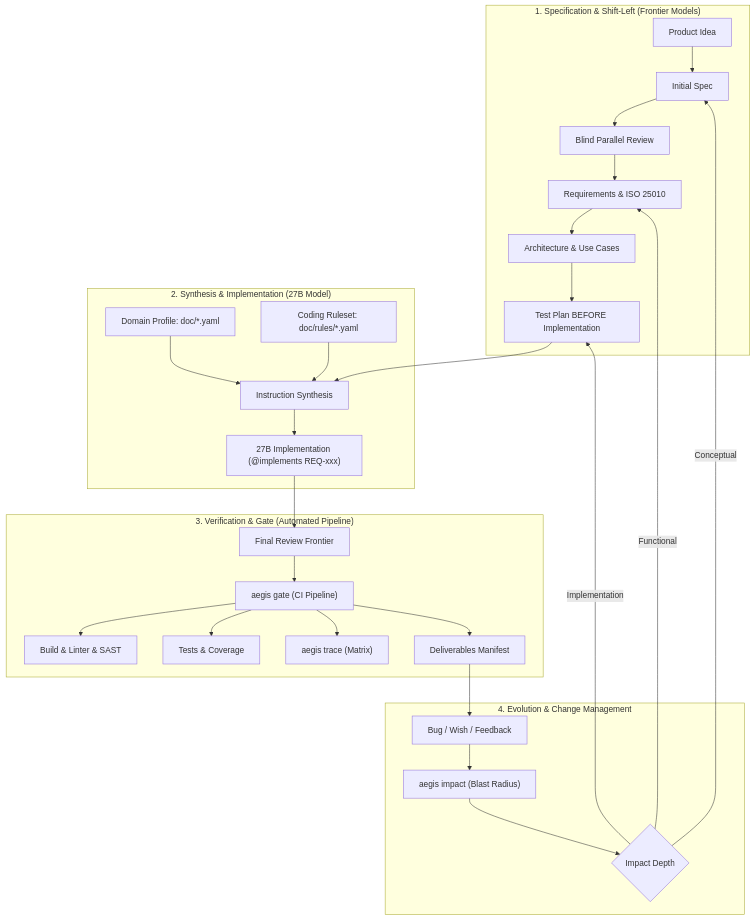
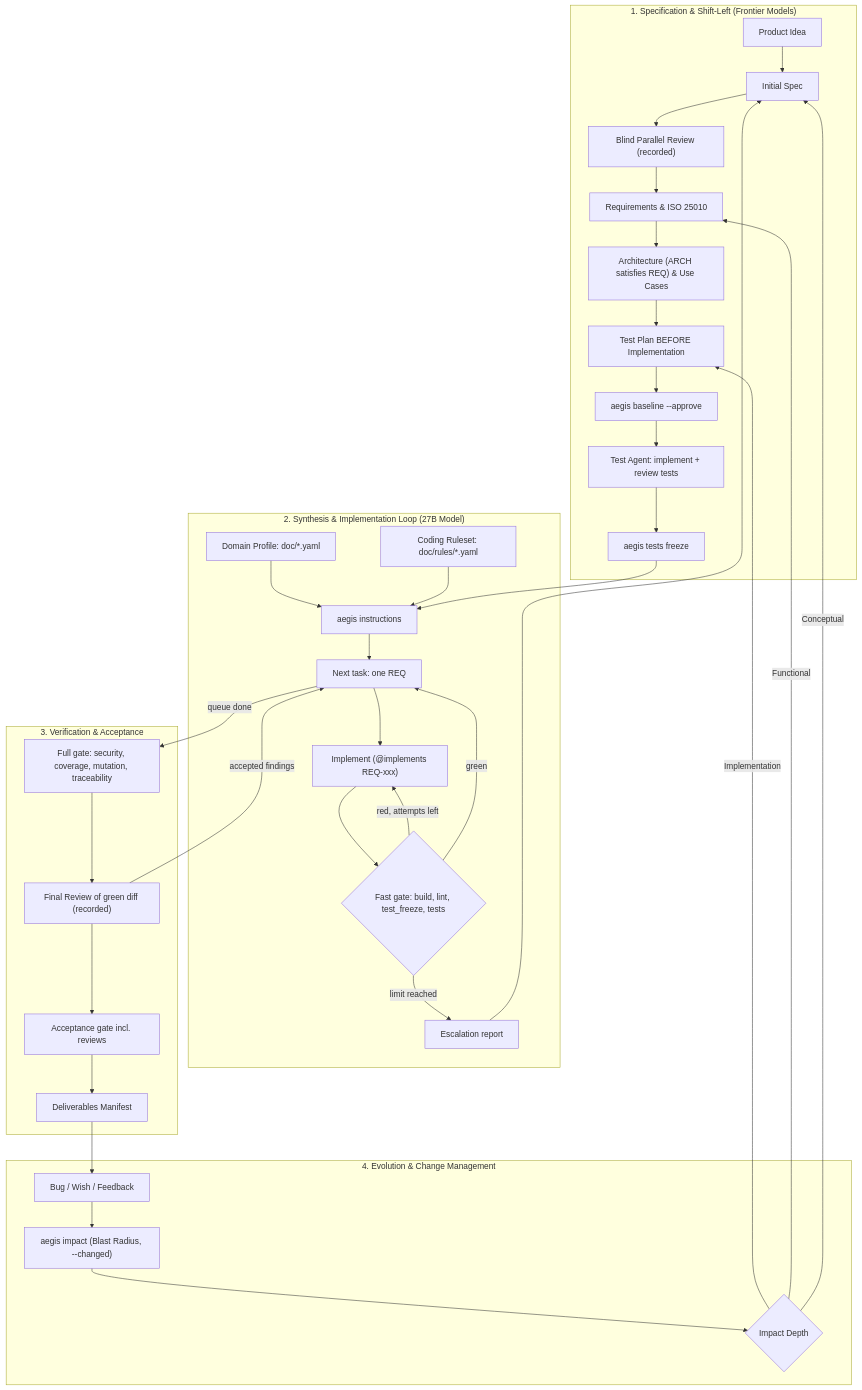
One commit to schwitters/aegis changed the diagram in README.md. Above: the diagram before and after it, drawn with Mermaid. The commit also changed other lines of this file and 29 other files, not shown here.

````diff
--- a/README.md
+++ b/README.md
@@ -31,36 +32,44 @@
 ```mermaid
 flowchart TD
     subgraph P1 ["1. Specification & Shift-Left (Frontier Models)"]
         Idea["Product Idea"] --> Spec["Initial Spec"]
-        Spec --> Rev1["Blind Parallel Review"]
+        Spec --> Rev1["Blind Parallel Review (recorded)"]
         Rev1 --> Req["Requirements & ISO 25010"]
-        Req --> Arch["Architecture & Use Cases"]
+        Req --> Arch["Architecture (ARCH satisfies REQ) & Use Cases"]
         Arch --> TP["Test Plan BEFORE Implementation"]
+        TP --> Base["aegis baseline --approve"]
+        Base --> TI["Test Agent: implement + review tests"]
+        TI --> Freeze["aegis tests freeze"]
     end
 
-    subgraph P2 ["2. Synthesis & Implementation (27B Model)"]
-        Prof["Domain Profile: doc/*.yaml"] --> Comp["Instruction Synthesis"]
+    subgraph P2 ["2. Synthesis & Implementation Loop (27B Model)"]
+        Prof["Domain Profile: doc/*.yaml"] --> Comp["aegis instructions"]
         Rules["Coding Ruleset: doc/rules/*.yaml"] --> Comp
-        TP --> Comp
-        Comp --> Code["27B Implementation (@implements REQ-xxx)"]
+        Freeze --> Comp
+        Comp --> Task["Next task: one REQ"]
+        Task --> Code["Implement (@implements REQ-xxx)"]
+        Code --> Fast{"Fast gate: build, lint, test_freeze, tests"}
+        Fast -->|red, attempts left| Code
+        Fast -->|green| Task
+        Fast -->|limit reached| Esc["Escalation report"]
+        Esc --> Spec
     end
 
-    subgraph P3 ["3. Verification & Gate (Automated Pipeline)"]
-        Code --> Rev2["Final Review Frontier"]
-        Rev2 --> Gate["aegis gate (CI Pipeline)"]
-        Gate --> Build["Build & Linter & SAST"]
-        Gate --> Test["Tests & Coverage"]
-        Gate --> Trace["aegis trace (Matrix)"]
-        Gate --> Deliv["Deliverables Manifest"]
+    subgraph P3 ["3. Verification & Acceptance"]
+        Task -->|queue done| Gate["Full gate: security, coverage, mutation, traceability"]
+        Gate --> Rev2["Final Review of green diff (recorded)"]
+        Rev2 -->|accepted findings| Task
+        Rev2 --> Acc["Acceptance gate incl. reviews"]
+        Acc --> Deliv["Deliverables Manifest"]
     end
 
     subgraph P4 ["4. Evolution & Change Management"]
-        Feedback["Bug / Wish / Feedback"] --> Impact["aegis impact (Blast Radius)"]
+        Feedback["Bug / Wish / Feedback"] --> Impact["aegis impact (Blast Radius, --changed)"]
         Impact --> Depth{"Impact Depth"}
         Depth -->|Implementation| TP
         Depth -->|Functional| Req
         Depth -->|Conceptual| Spec
     end
 
     Deliv --> Feedback
 ```
````
